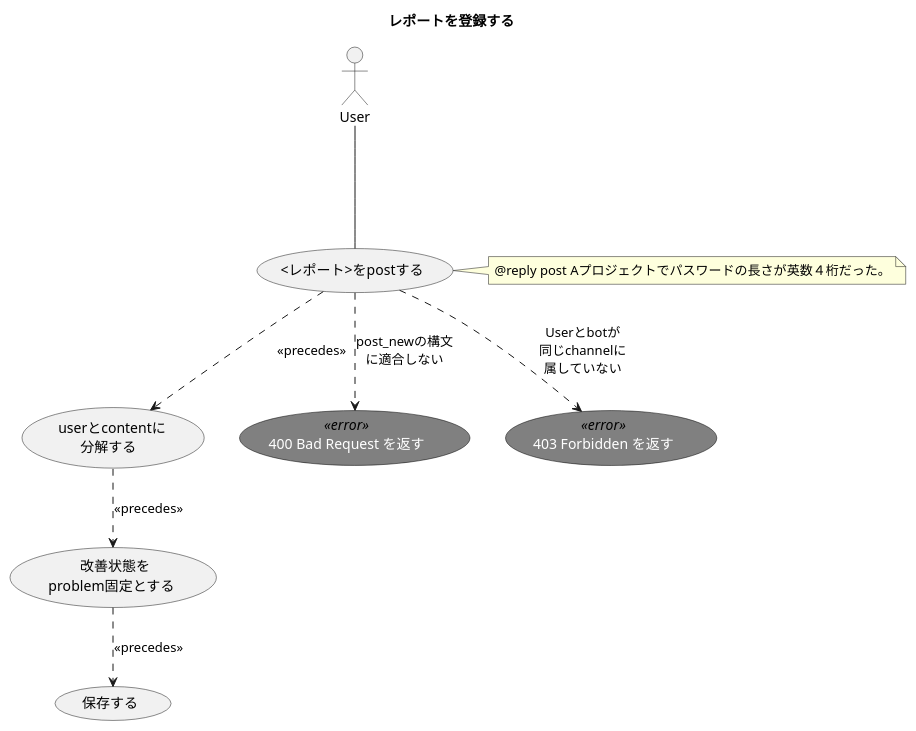
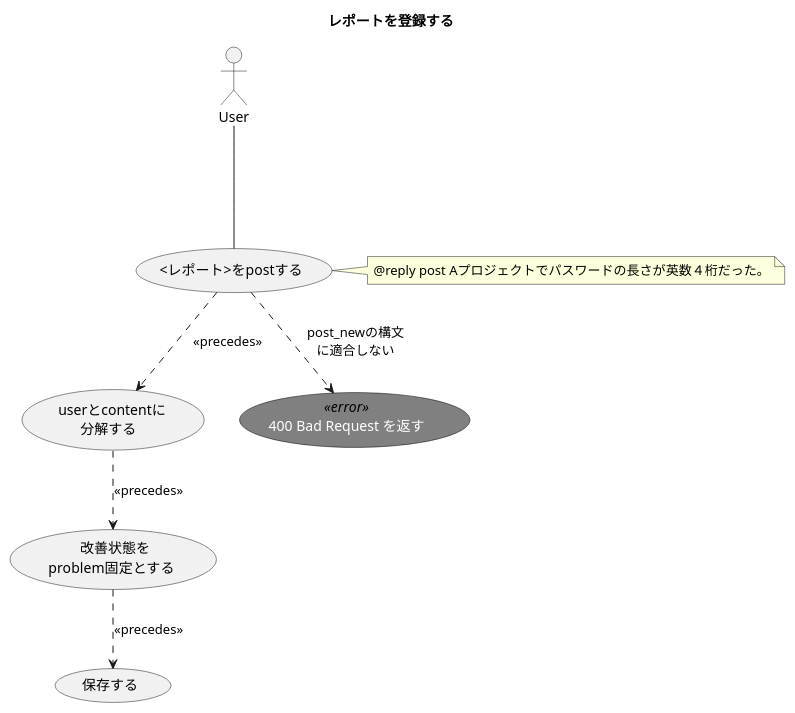
Before and after one commit to ito-masam/kpt-guard.doc: the diagram in 1.design/2.usecases/post-report-new.md, drawn with PlantUML. The commit also changed 15 other files, not shown here.

```diff
--- a/1.design/2.usecases/post-report-new.md
+++ b/1.design/2.usecases/post-report-new.md
@@ -1,32 +1,29 @@
 @startuml
 
     ' ----------- meta
     title レポートを登録する
 
     skinparam usecase {
       FontColor<<error>> white
       FontName<<error>> Verdana
       BackgroundColor<<error>> gray
       BorderColor<<error>> black
     }
 
     actor User
 
     ' ----------- main
     User --- ( <レポート>をpostする )
     ( <レポート>をpostする ) ..> ( userとcontentに\n分解する ) : << precedes >>
     ( userとcontentに\n分解する ) ..> ( 改善状態を\nproblem固定とする ) : << precedes >>
     ( 改善状態を\nproblem固定とする ) ..> ( 保存する ) : << precedes >>
 
     note right of ( <レポート>をpostする )
       @reply post Aプロジェクトでパスワードの長さが英数４桁だった。
     end note
 
     ' ----------- alternative
     ( 400 Bad Request を返す ) <<error>>
     ( <レポート>をpostする ) ..> ( 400 Bad Request を返す ) : post_newの構文\nに適合しない
 
-    ( 403 Forbidden を返す ) <<error>>
-    ( <レポート>をpostする ) ..> ( 403 Forbidden を返す ) : Userとbotが\n同じchannelに\n属していない
-
 @enduml
```
